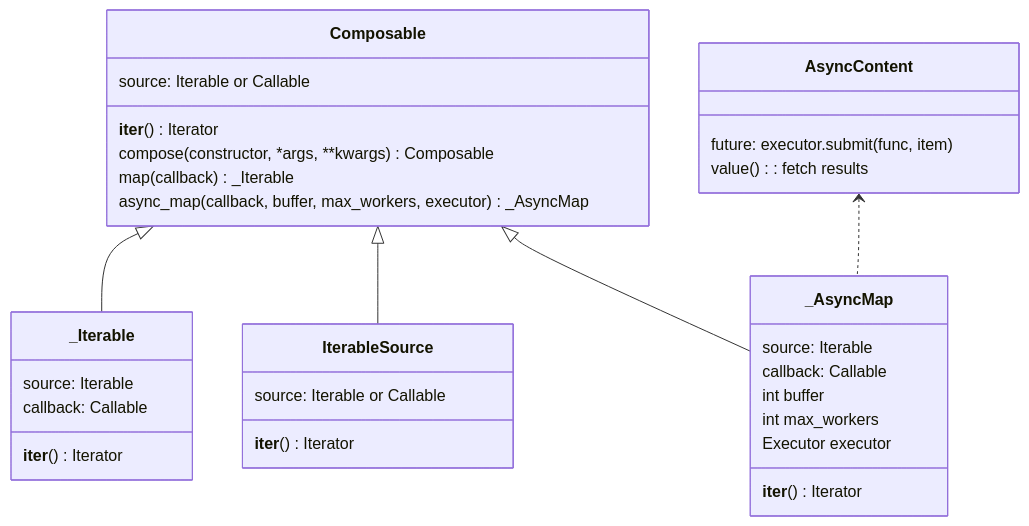
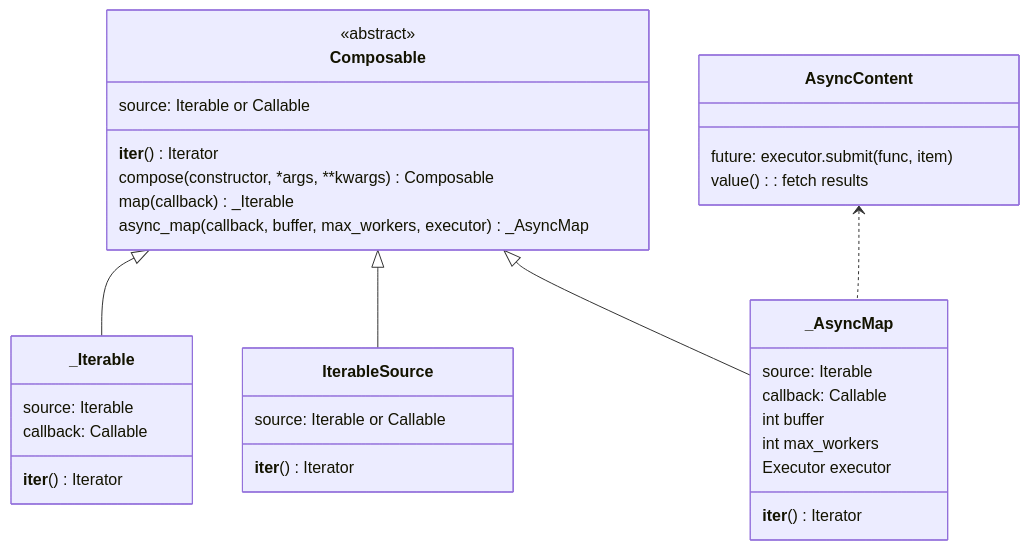
The diagram in docs/advanced/iterstream.rst (merantix-momentum/squirrel-core), drawn with Mermaid before and after one commit. The commit also changed 3 other files, not shown here.

```diff
--- a/docs/advanced/iterstream.rst
+++ b/docs/advanced/iterstream.rst
@@ -180,46 +180,47 @@
 .. mermaid::
 
     classDiagram
 
         Composable <|-- _Iterable
         Composable <|-- IterableSource
         Composable <|-- _AsyncMap
         AsyncContent <.. _AsyncMap
 
+         <<abstract>> Composable
         class Composable {
             source: Iterable or Callable
 
             __iter__() Iterator
             compose(constructor, *args, **kwargs) Composable
             map(callback) _Iterable
             async_map(callback, buffer, max_workers, executor) _AsyncMap
         }
 
        class _Iterable {
             source: Iterable
             callback: Callable
 
             __iter__() Iterator
        }
 
        class IterableSource {
             source: Iterable or Callable
 
             __iter__() Iterator
        }
 
         class _AsyncMap {
             source: Iterable
             callback: Callable
             int buffer
             int max_workers
             Executor executor
 
             __iter__() Iterator
        }
 
        class AsyncContent {
             future: executor.submit(func, item)
 
             value(): fetch results
        }
```
